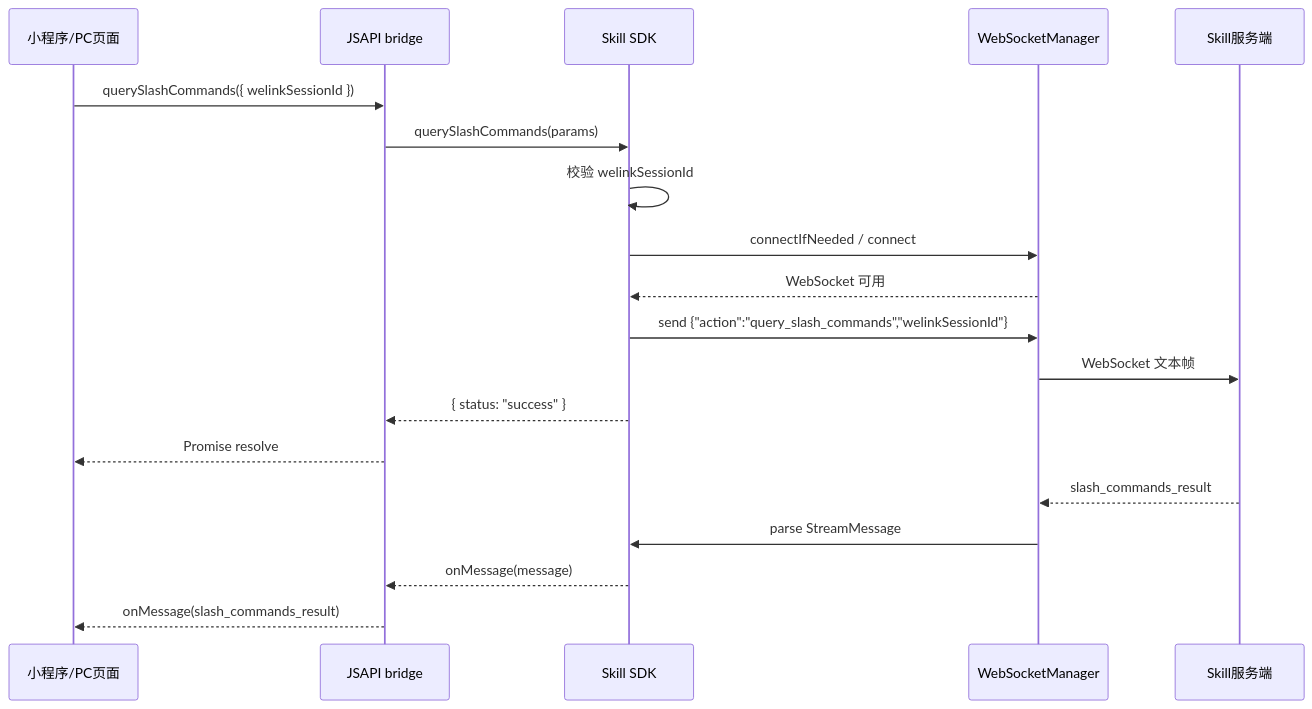
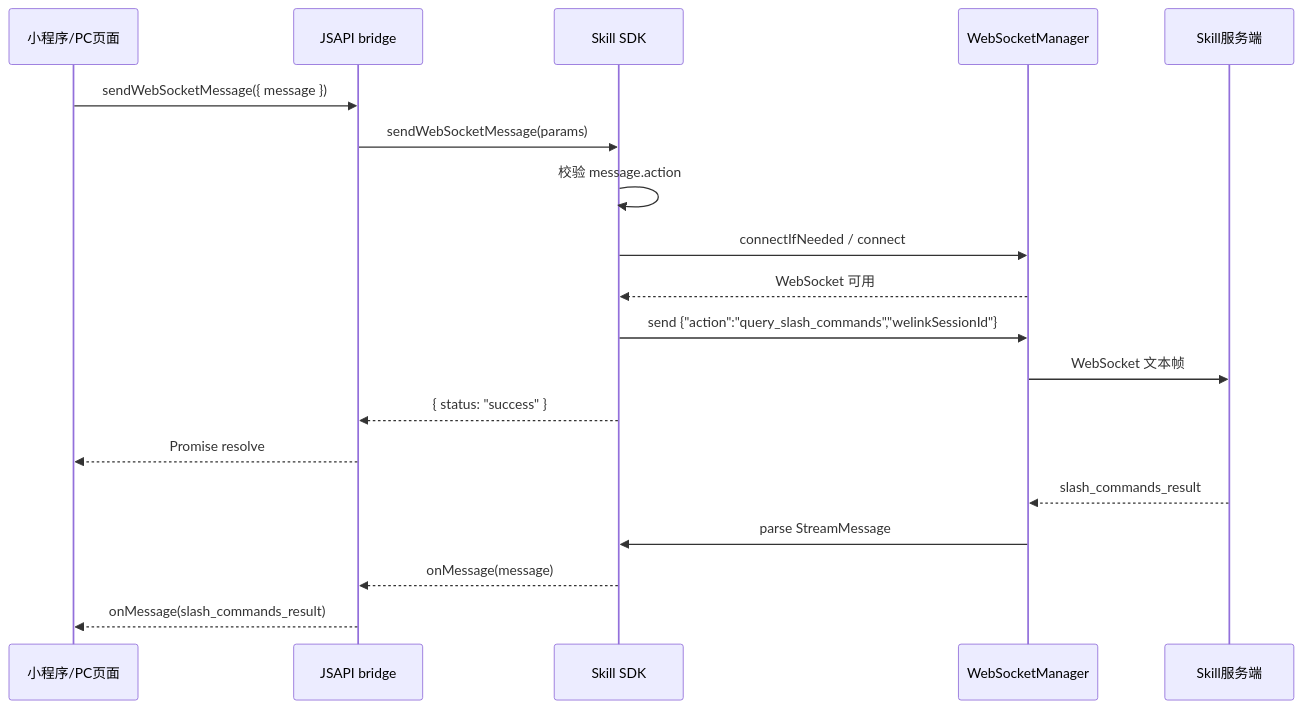
The second of 3 diagrams in 2026-06-26-slash-commands-websocket-jsapi-plan.md (Abelsjcheng/skillSDK), drawn with Mermaid before and after one commit. The commit also changed other lines of this file and 18 other files, not shown here.

Commit message:
feat(sdk): generalize websocket message sending

````diff
--- a/2026-06-26-slash-commands-websocket-jsapi-plan.md
+++ b/2026-06-26-slash-commands-websocket-jsapi-plan.md
@@ -69,22 +69,22 @@
 ```mermaid
 sequenceDiagram
     participant Page as 小程序/PC页面
     participant Bridge as JSAPI bridge
     participant SDK as Skill SDK
     participant WS as WebSocketManager
     participant Server as Skill服务端
 
-    Page->>Bridge: querySlashCommands({ welinkSessionId })
-    Bridge->>SDK: querySlashCommands(params)
-    SDK->>SDK: 校验 welinkSessionId
+    Page->>Bridge: sendWebSocketMessage({ message })
+    Bridge->>SDK: sendWebSocketMessage(params)
+    SDK->>SDK: 校验 message.action
     SDK->>WS: connectIfNeeded / connect
     WS-->>SDK: WebSocket 可用
     SDK->>WS: send {"action":"query_slash_commands","welinkSessionId"}
     WS->>Server: WebSocket 文本帧
     SDK-->>Bridge: { status: "success" }
     Bridge-->>Page: Promise resolve
     Server-->>WS: slash_commands_result
     WS->>SDK: parse StreamMessage
     SDK-->>Bridge: onMessage(message)
     Bridge-->>Page: onMessage(slash_commands_result)
 ```
````
